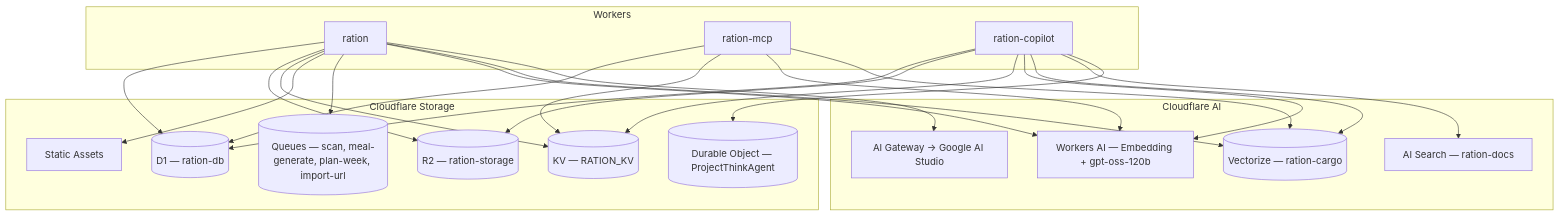
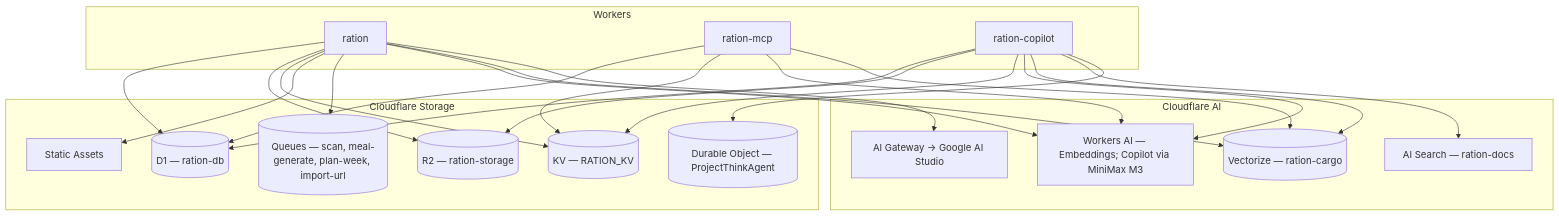
The fifth of 24 diagrams in README.md (bjamesdowning/ration-mirror), drawn with Mermaid before and after one commit. The commit also changed other lines of this file and 47 other files, not shown here.

First line of the commit message:
fix: harden Copilot approvals, bulk remove, and MiniMax transport

````diff
--- a/README.md
+++ b/README.md
@@ -152,46 +152,46 @@
 ```mermaid
 flowchart TB
     subgraph Workers["Workers"]
         Worker["ration"]
         McpHandler["ration-mcp"]
         CopilotHandler["ration-copilot"]
     end
 
     subgraph Storage["Cloudflare Storage"]
         D1[("D1 — ration-db")]
         R2[("R2 — ration-storage")]
         KV[("KV — RATION_KV")]
         Assets["Static Assets"]
         Queues[("Queues — scan, meal-generate, plan-week, import-url")]
         ThinkDO[("Durable Object — ProjectThinkAgent")]
     end
 
     subgraph AI["Cloudflare AI"]
-        AIBinding["Workers AI — Embedding + gpt-oss-120b"]
+        AIBinding["Workers AI — Embeddings; Copilot via MiniMax M3"]
         Vectorize[("Vectorize — ration-cargo")]
         AIGateway["AI Gateway → Google AI Studio"]
         AISearch["AI Search — ration-docs"]
     end
 
     Worker --> D1
     Worker --> R2
     Worker --> KV
     Worker --> Assets
     Worker --> Queues
     Worker --> AIBinding
     Worker --> Vectorize
     Worker --> AIGateway
 
     McpHandler --> D1
     McpHandler --> KV
     McpHandler --> AIBinding
     McpHandler --> Vectorize
 
     CopilotHandler --> D1
     CopilotHandler --> R2
     CopilotHandler --> KV
     CopilotHandler --> AIBinding
     CopilotHandler --> Vectorize
     CopilotHandler --> AISearch
     CopilotHandler --> ThinkDO
 ```
````
